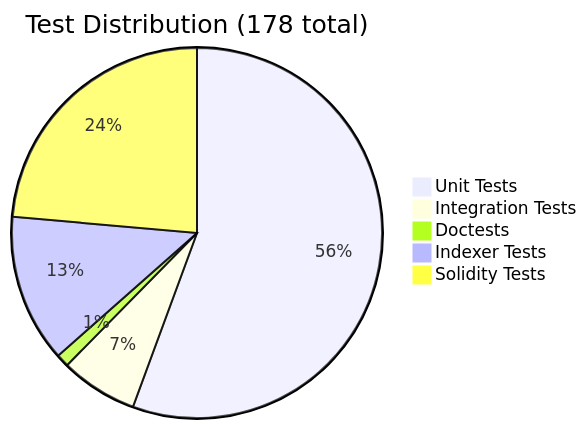
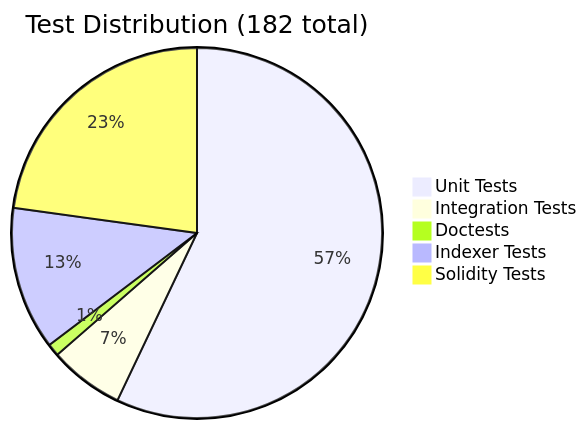
One commit to skardas/pq_bitcoin changed the ninth of 9 diagrams in README.md. Above: the diagram before and after it, drawn with Mermaid. The commit also changed other lines of this file and 5 other files, not shown here.

````diff
--- a/README.md
+++ b/README.md
@@ -836,8 +838,8 @@
 ```mermaid
-pie title Test Distribution (178 total)
-    "Unit Tests" : 99
+pie title Test Distribution (182 total)
+    "Unit Tests" : 105
     "Integration Tests" : 12
     "Doctests" : 2
     "Indexer Tests" : 23
     "Solidity Tests" : 42
 ```
````
